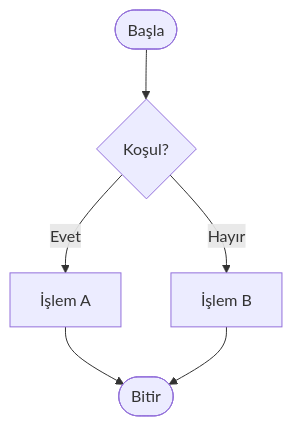
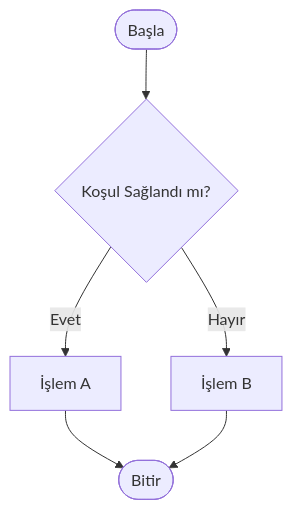
The sixth of 6 diagrams in Topics/01-What-Is-Algorithm.md (abdullatifkaban/Algorithm), drawn with Mermaid before and after one commit. The commit also changed other lines of this file, not shown here.

````diff
--- a/Topics/01-What-Is-Algorithm.md
+++ b/Topics/01-What-Is-Algorithm.md
@@ -212,8 +215,8 @@
 ```mermaid
 flowchart TD
-    A([Başla]) --> B{Koşul?}
+    A([Başla]) --> B{Koşul Sağlandı mı?}
     B -->|Evet| C[İşlem A]
     B -->|Hayır| D[İşlem B]
     C --> E([Bitir])
     D --> E
 ```
````
